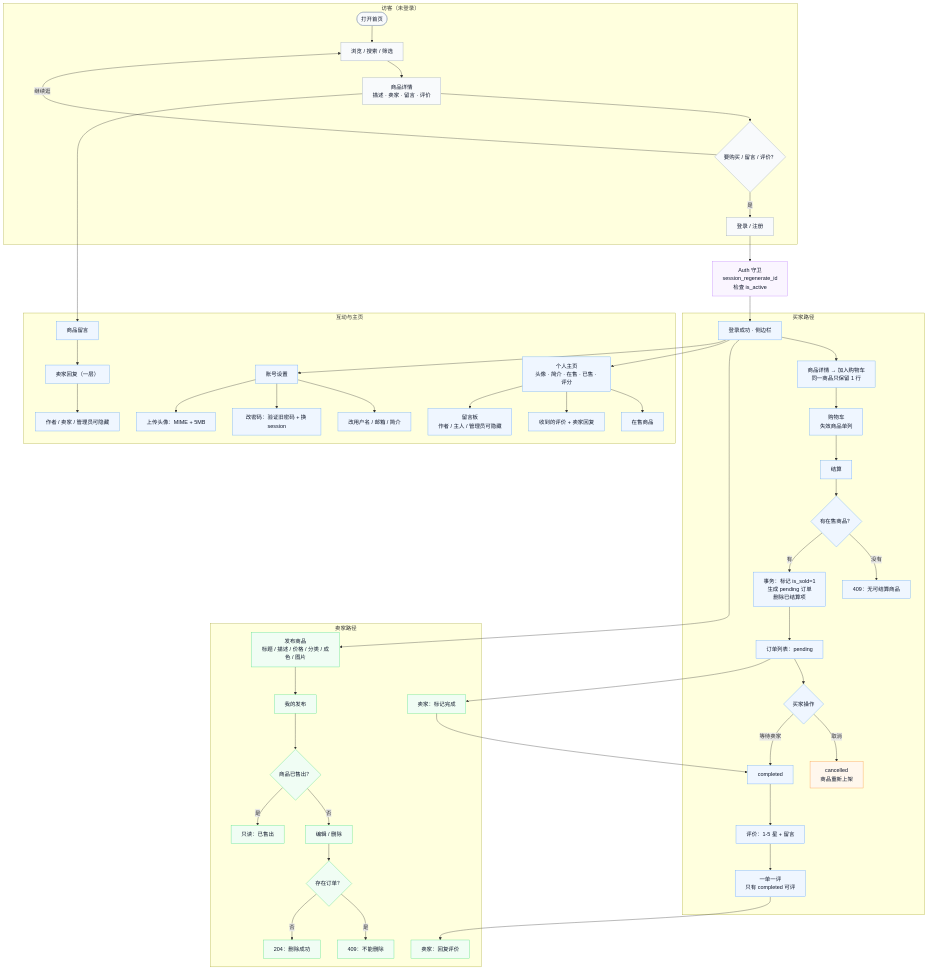
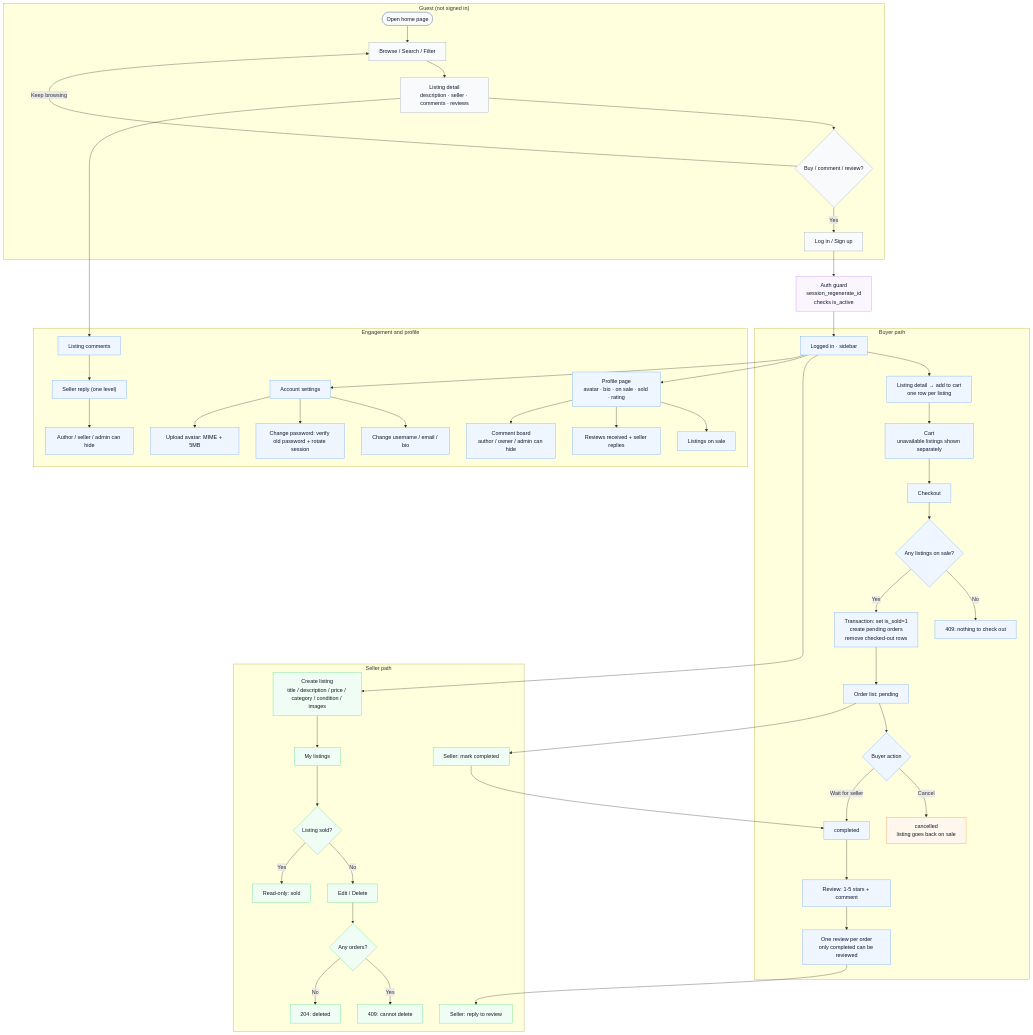
The first of 3 diagrams in docs/flows.md (ChrisLee0721/campus-secondhand-marketplace), drawn with Mermaid before and after one commit. The commit also changed other lines of this file and 118 other files, not shown here.

```diff
--- a/docs/flows.md
+++ b/docs/flows.md
@@ -11,68 +11,68 @@
 ~~~mermaid
 flowchart TB
   classDef guest fill:#f8fafc,stroke:#94a3b8,color:#0f172a
   classDef user fill:#eff6ff,stroke:#60a5fa,color:#0f172a
   classDef seller fill:#f0fdf4,stroke:#4ade80,color:#0f172a
   classDef state fill:#fff7ed,stroke:#fb923c,color:#0f172a
   classDef guard fill:#faf5ff,stroke:#c084fc,color:#0f172a
 
-  subgraph G["访客（未登录）"]
-    V1([打开首页]) --> V2["浏览 / 搜索 / 筛选"]
-    V2 --> V3["商品详情<br/>描述 · 卖家 · 留言 · 评价"]
-    V3 --> V4{"要购买 / 留言 / 评价？"}
-    V4 -->|继续逛| V2
-    V4 -->|是| V5["登录 / 注册"]
+  subgraph G["Guest (not signed in)"]
+    V1([Open home page]) --> V2["Browse / Search / Filter"]
+    V2 --> V3["Listing detail<br/>description · seller · comments · reviews"]
+    V3 --> V4{"Buy / comment / review?"}
+    V4 -->|Keep browsing| V2
+    V4 -->|Yes| V5["Log in / Sign up"]
   end
 
-  V5 --> AUTH["Auth 守卫<br/>session_regenerate_id<br/>检查 is_active"]
-  AUTH --> H["登录成功 · 侧边栏"]
+  V5 --> AUTH["Auth guard<br/>session_regenerate_id<br/>checks is_active"]
+  AUTH --> H["Logged in · sidebar"]
 
-  subgraph BUY["买家路径"]
-    H --> B1["商品详情 → 加入购物车<br/>同一商品只保留 1 行"]
-    B1 --> B2["购物车<br/>失效商品单列"]
-    B2 --> B3["结算"]
-    B3 --> B4{"有在售商品？"}
-    B4 -->|没有| B5["409：无可结算商品"]
-    B4 -->|有| B6["事务：标记 is_sold=1<br/>生成 pending 订单<br/>删除已结算项"]
-    B6 --> B7["订单列表：pending"]
-    B7 --> B8{"买家操作"}
-    B8 -->|取消| B9["cancelled<br/>商品重新上架"]
-    B8 -->|等待卖家| B10["completed"]
-    B10 --> B11["评价：1-5 星 + 留言"]
-    B11 --> B12["一单一评<br/>只有 completed 可评"]
+  subgraph BUY["Buyer path"]
+    H --> B1["Listing detail → add to cart<br/>one row per listing"]
+    B1 --> B2["Cart<br/>unavailable listings shown separately"]
+    B2 --> B3["Checkout"]
+    B3 --> B4{"Any listings on sale?"}
+    B4 -->|No| B5["409: nothing to check out"]
+    B4 -->|Yes| B6["Transaction: set is_sold=1<br/>create pending orders<br/>remove checked-out rows"]
+    B6 --> B7["Order list: pending"]
+    B7 --> B8{"Buyer action"}
+    B8 -->|Cancel| B9["cancelled<br/>listing goes back on sale"]
+    B8 -->|Wait for seller| B10["completed"]
+    B10 --> B11["Review: 1-5 stars + comment"]
+    B11 --> B12["One review per order<br/>only completed can be reviewed"]
   end
 
-  subgraph SELL["卖家路径"]
-    H --> S1["发布商品<br/>标题 / 描述 / 价格 / 分类 / 成色 / 图片"]
-    S1 --> S2["我的发布"]
-    S2 --> S3{"商品已售出？"}
-    S3 -->|否| S4["编辑 / 删除"]
-    S3 -->|是| S5["只读：已售出"]
-    S4 --> S6{"存在订单？"}
-    S6 -->|是| S7["409：不能删除"]
-    S6 -->|否| S8["204：删除成功"]
-    B7 --> S9["卖家：标记完成"]
+  subgraph SELL["Seller path"]
+    H --> S1["Create listing<br/>title / description / price / category / condition / images"]
+    S1 --> S2["My listings"]
+    S2 --> S3{"Listing sold?"}
+    S3 -->|No| S4["Edit / Delete"]
+    S3 -->|Yes| S5["Read-only: sold"]
+    S4 --> S6{"Any orders?"}
+    S6 -->|Yes| S7["409: cannot delete"]
+    S6 -->|No| S8["204: deleted"]
+    B7 --> S9["Seller: mark completed"]
     S9 --> B10
-    B12 --> S10["卖家：回复评价"]
+    B12 --> S10["Seller: reply to review"]
   end
 
-  subgraph SOCIAL["互动与主页"]
-    V3 --> C1["商品留言"]
-    C1 --> C2["卖家回复（一层）"]
-    C2 --> C3["作者 / 卖家 / 管理员可隐藏"]
-    H --> P1["个人主页<br/>头像 · 简介 · 在售 · 已售 · 评分"]
-    P1 --> P2["在售商品"]
-    P1 --> P3["收到的评价 + 卖家回复"]
-    P1 --> P4["留言板<br/>作者 / 主人 / 管理员可隐藏"]
-    H --> AC["账号设置"]
-    AC --> AC1["改用户名 / 邮箱 / 简介"]
-    AC --> AC2["改密码：验证旧密码 + 换 session"]
-    AC --> AC3["上传头像：MIME + 5MB"]
+  subgraph SOCIAL["Engagement and profile"]
+    V3 --> C1["Listing comments"]
+    C1 --> C2["Seller reply (one level)"]
+    C2 --> C3["Author / seller / admin can hide"]
+    H --> P1["Profile page<br/>avatar · bio · on sale · sold · rating"]
+    P1 --> P2["Listings on sale"]
+    P1 --> P3["Reviews received + seller replies"]
+    P1 --> P4["Comment board<br/>author / owner / admin can hide"]
+    H --> AC["Account settings"]
+    AC --> AC1["Change username / email / bio"]
+    AC --> AC2["Change password: verify old password + rotate session"]
+    AC --> AC3["Upload avatar: MIME + 5MB"]
   end
 
   class V1,V2,V3,V4,V5 guest
   class H,B1,B2,B3,B4,B5,B6,B7,B8,B10,B11,B12,C1,C2,C3,P1,P2,P3,P4,AC,AC1,AC2,AC3 user
   class S1,S2,S3,S4,S5,S6,S7,S8,S9,S10 seller
   class B9 state
   class AUTH guard
 ~~~
```
